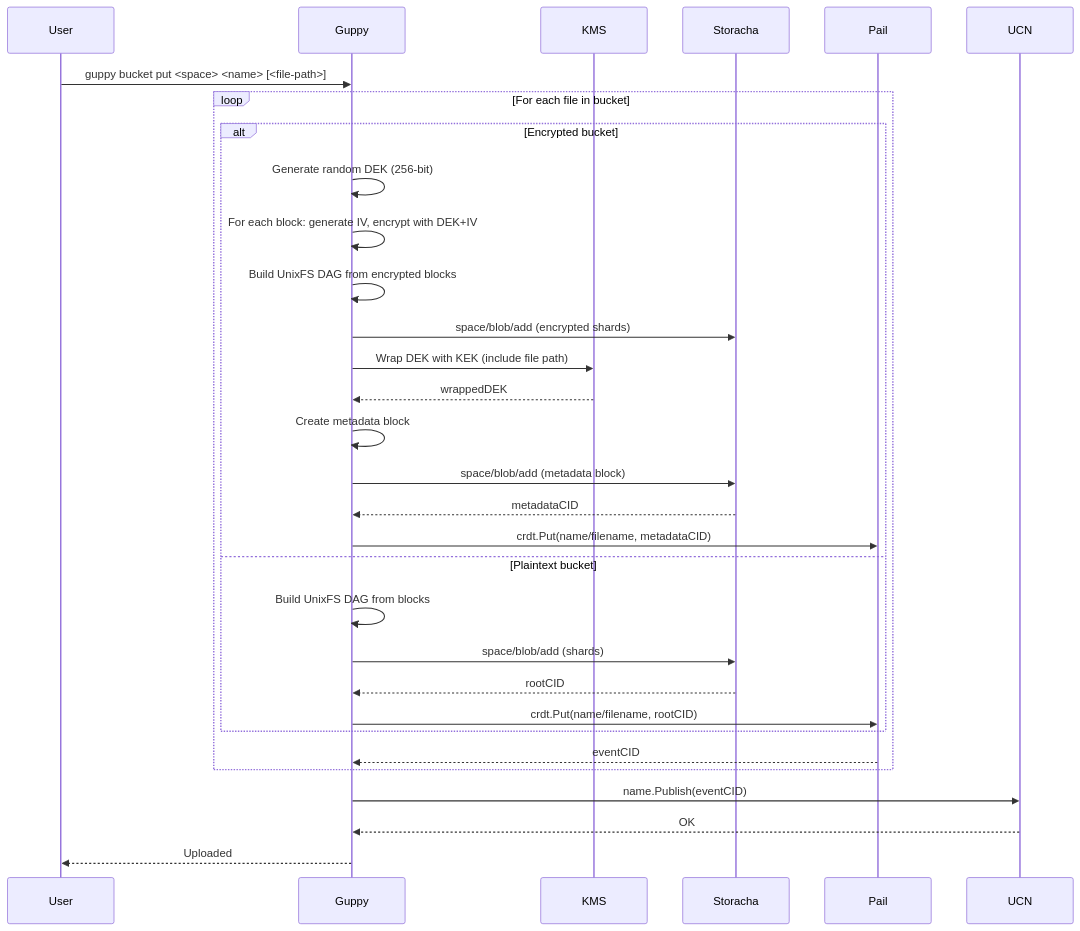
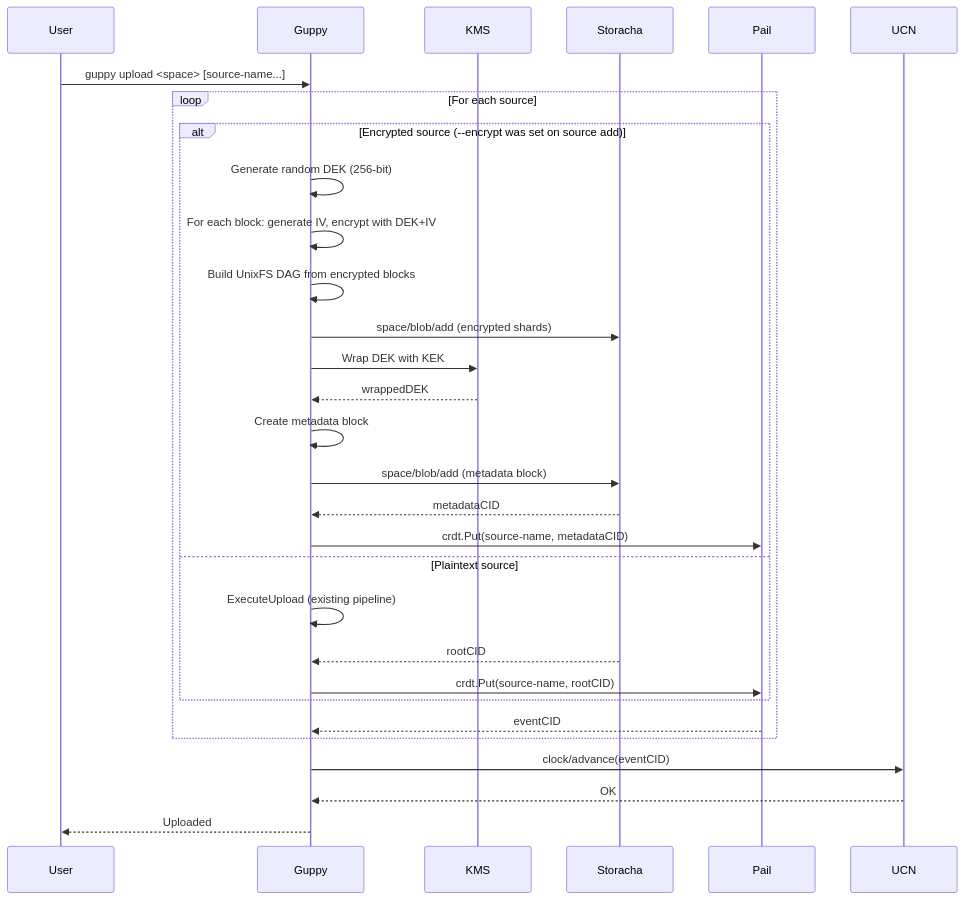
The second of 3 diagrams in rfc/forge-mutability.md (storacha/RFC), drawn with Mermaid before and after one commit. The commit also changed other lines of this file and 1 other file, not shown here.

Commit message:
remove bucket cmd

````diff
--- a/rfc/forge-mutability.md
+++ b/rfc/forge-mutability.md
@@ -265,37 +245,36 @@
 ```mermaid
 sequenceDiagram
     participant User
     participant Guppy
     participant KMS
     participant Storacha
     participant Pail
     participant UCN
     
-    User->>Guppy: guppy bucket put <space> <name> [<file-path>]
+    User->>Guppy: guppy upload <space> [source-name...]
     
-    loop For each file in bucket
-        alt Encrypted bucket
+    loop For each source
+        alt Encrypted source (--encrypt was set on source add)
             Guppy->>Guppy: Generate random DEK (256-bit)
             Guppy->>Guppy: For each block: generate IV, encrypt with DEK+IV
             Guppy->>Guppy: Build UnixFS DAG from encrypted blocks
             Guppy->>Storacha: space/blob/add (encrypted shards)
             
-            Guppy->>KMS: Wrap DEK with KEK (include file path)
+            Guppy->>KMS: Wrap DEK with KEK
             KMS-->>Guppy: wrappedDEK
             Guppy->>Guppy: Create metadata block
             Guppy->>Storacha: space/blob/add (metadata block)
             Storacha-->>Guppy: metadataCID
-            Guppy->>Pail: crdt.Put(name/filename, metadataCID)
-        else Plaintext bucket
-            Guppy->>Guppy: Build UnixFS DAG from blocks
-            Guppy->>Storacha: space/blob/add (shards)
+            Guppy->>Pail: crdt.Put(source-name, metadataCID)
+        else Plaintext source
+            Guppy->>Guppy: ExecuteUpload (existing pipeline)
             Storacha-->>Guppy: rootCID
-            Guppy->>Pail: crdt.Put(name/filename, rootCID)
+            Guppy->>Pail: crdt.Put(source-name, rootCID)
         end
         Pail-->>Guppy: eventCID
     end
     
-    Guppy->>UCN: name.Publish(eventCID)
+    Guppy->>UCN: clock/advance(eventCID)
     UCN-->>Guppy: OK
     Guppy-->>User: Uploaded
 ```
````
